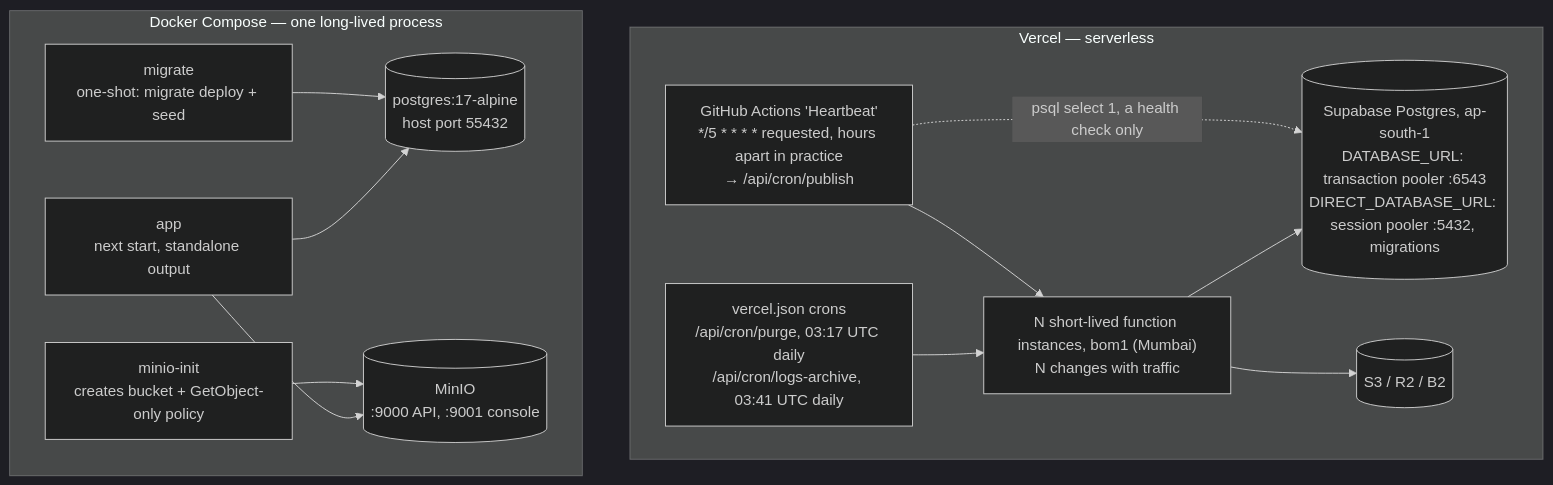
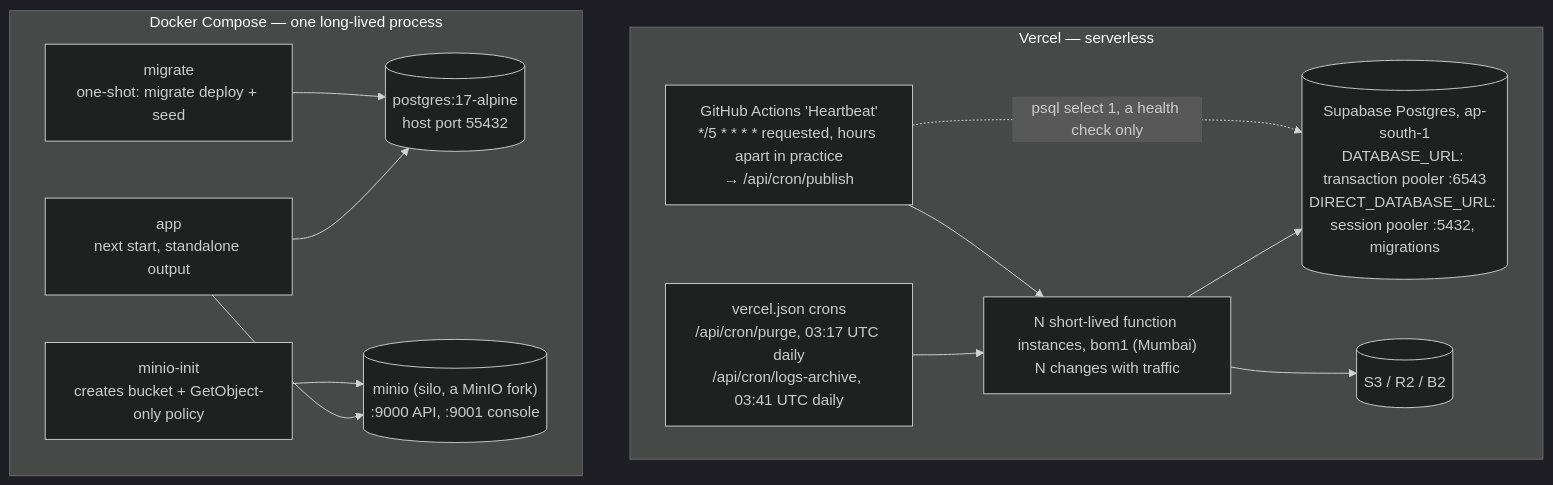
One commit to cxacraftecosystem-ui/cxa-cms changed the second of 16 diagrams in docs/ARCHITECTURE.md. Above: the diagram before and after it, drawn with Mermaid (dark theme). The commit also changed 4 other files, not shown here.

````diff
--- a/docs/ARCHITECTURE.md
+++ b/docs/ARCHITECTURE.md
@@ -72,27 +72,27 @@
 ```mermaid
 flowchart TB
     subgraph vercel["Vercel — serverless"]
         vfn["N short-lived function instances, bom1 (Mumbai)<br/>N changes with traffic"]
         vcron["vercel.json crons<br/>/api/cron/purge, 03:17 UTC daily<br/>/api/cron/logs-archive, 03:41 UTC daily"]
         gha["GitHub Actions 'Heartbeat'<br/>*/5 * * * * requested, hours apart in practice<br/>→ /api/cron/publish"]
         vdb[("Supabase Postgres, ap-south-1<br/>DATABASE_URL: transaction pooler :6543<br/>DIRECT_DATABASE_URL: session pooler :5432, migrations")]
         vs3[("S3 / R2 / B2")]
         vfn --> vdb
         vfn --> vs3
         vcron --> vfn
         gha --> vfn
         gha -.->|"psql select 1, a health check only"| vdb
     end
 
     subgraph docker["Docker Compose — one long-lived process"]
         dapp["app<br/>next start, standalone output"]
         dmig["migrate<br/>one-shot: migrate deploy + seed"]
         dpg[("postgres:17-alpine<br/>host port 55432")]
-        dminio[("MinIO<br/>:9000 API, :9001 console")]
+        dminio[("minio (silo, a MinIO fork)<br/>:9000 API, :9001 console")]
         dinit["minio-init<br/>creates bucket + GetObject-only policy"]
         dmig --> dpg
         dinit --> dminio
         dapp --> dpg
         dapp --> dminio
     end
 ```
````
